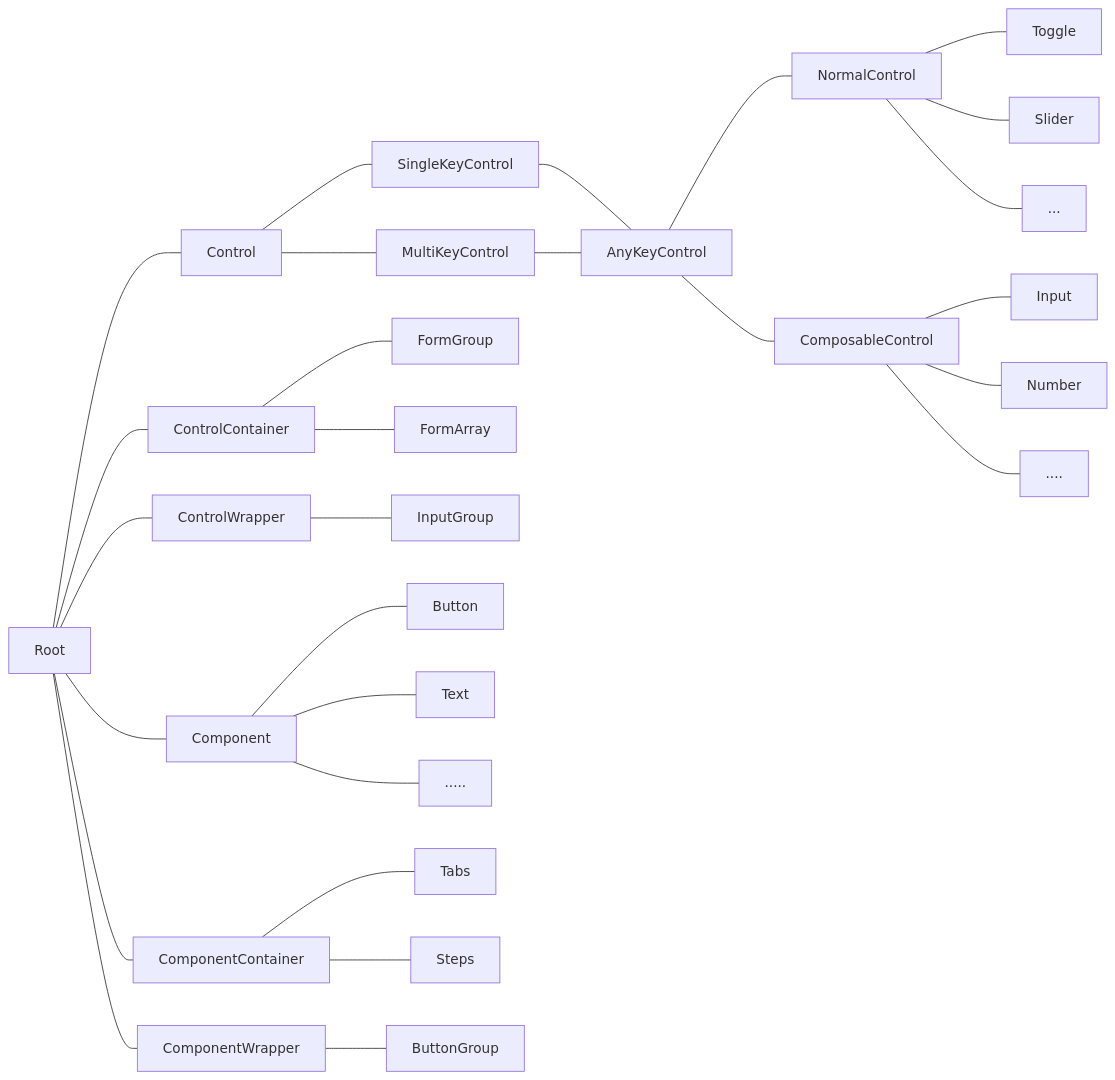
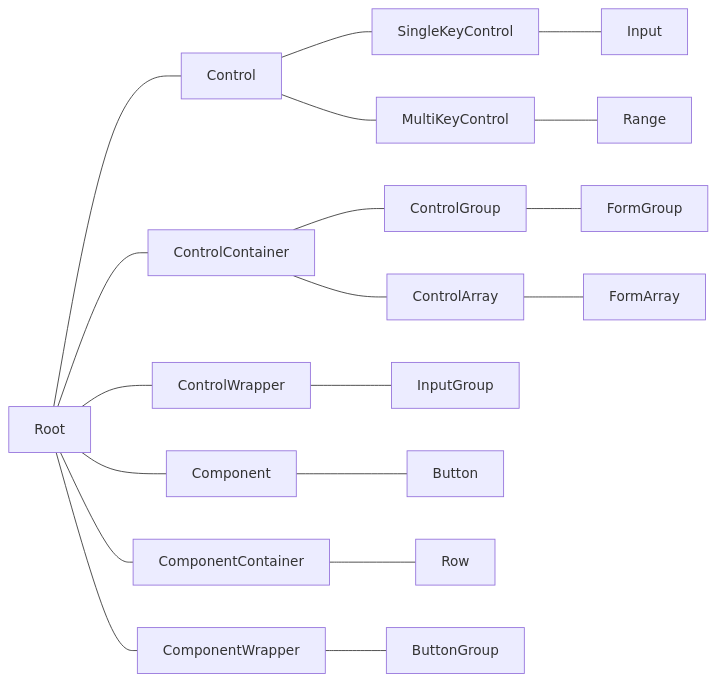
One commit to fluent-form/fluent-form changed the diagram in DESIGN.md. Above: the diagram before and after it, drawn with Mermaid. The commit also changed 629 other files, not shown here.

````diff
--- a/DESIGN.md
+++ b/DESIGN.md
@@ -1,38 +1,30 @@
 ```mermaid
 graph LR
 
 Root --- Control
 Root --- ControlContainer
 Root --- ControlWrapper
 Root --- Component
 Root --- ComponentContainer
 Root --- ComponentWrapper
 
-Control --- SingleKeyControl --- AnyKeyControl
-Control --- MultiKeyControl --- AnyKeyControl
+Control --- SingleKeyControl
+Control --- MultiKeyControl
 
-AnyKeyControl --- NormalControl
-AnyKeyControl --- ComposableControl
+SingleKeyControl --- Input
+MultiKeyControl --- Range
 
-NormalControl --- Toggle
-NormalControl --- Slider
-NormalControl --- ...
+ControlContainer --- ControlGroup
+ControlContainer --- ControlArray
 
-ComposableControl --- Input
-ComposableControl --- Number
-ComposableControl --- ....
-
-ControlContainer --- FormGroup
-ControlContainer --- FormArray
+ControlGroup --- FormGroup
+ControlArray --- FormArray
 
 ControlWrapper --- InputGroup
 
 Component --- Button
-Component --- Text
-Component --- .....
 
-ComponentContainer --- Tabs
-ComponentContainer --- Steps
+ComponentContainer --- Row
 
 ComponentWrapper --- ButtonGroup
 ```
````
